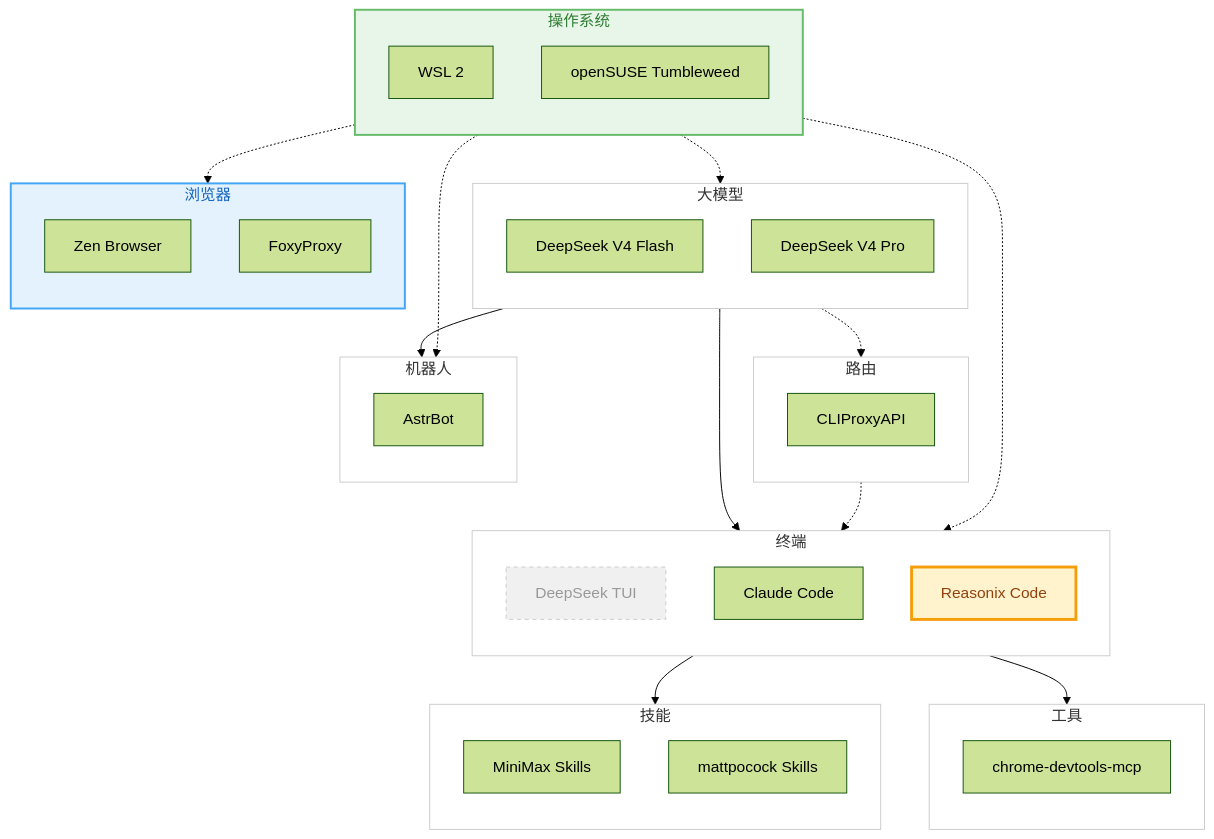
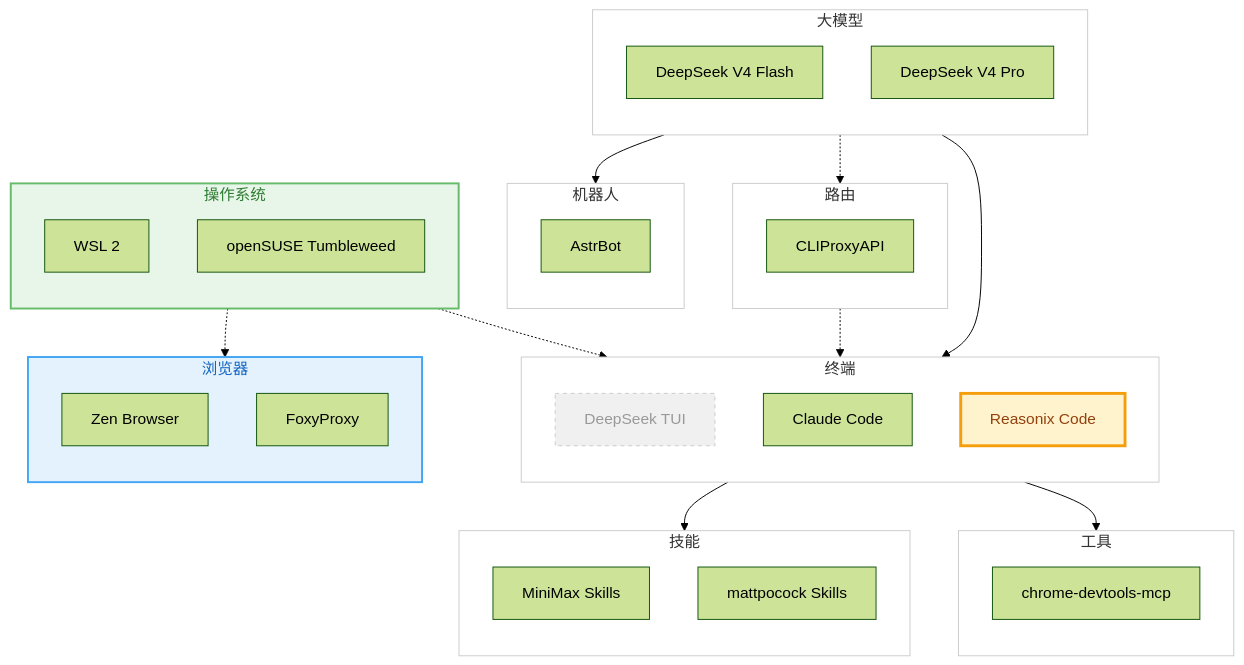
One commit to yuanxin518/ai-path changed the diagram in README.md. Above: the diagram before and after it, drawn with Mermaid (forest theme). The commit also changed other lines of this file and 1 other file, not shown here.

Commit message:
fix(ops): 修正操作系统连接（仅连终端/浏览器），机器人补充为AI接入描述

````diff
--- a/README.md
+++ b/README.md
@@ -23,70 +23,68 @@
 ```mermaid
 flowchart TD
     subgraph N00["大模型"]
         direction TB
         DS1["DeepSeek V4 Flash"]
         DS2["DeepSeek V4 Pro"]
     end
     style N00 fill:#ffffff,stroke:#cccccc,stroke-width:1px,color:#333333
 
     subgraph N01["路由"]
         direction TB
         CPA["CLIProxyAPI"]
     end
     style N01 fill:#ffffff,stroke:#cccccc,stroke-width:1px,color:#333333
 
     subgraph N02["终端"]
         direction TB
         TUI["DeepSeek TUI"]
         CC["Claude Code"]
         RX["Reasonix Code"]
     end
     style TUI fill:#f0f0f0,stroke:#cccccc,stroke-width:1px,stroke-dasharray:4 4,color:#999999
     style RX fill:#fff3cd,stroke:#f59e0b,stroke-width:3px,color:#92400e
     style N02 fill:#ffffff,stroke:#cccccc,stroke-width:1px,color:#333333
 
     subgraph N03["技能"]
         direction TB
         MSK["MiniMax Skills"]
         PSK["mattpocock Skills"]
     end
     style N03 fill:#ffffff,stroke:#cccccc,stroke-width:1px,color:#333333
 
     subgraph N04["工具"]
         direction TB
         CDM["chrome-devtools-mcp"]
     end
     style N04 fill:#ffffff,stroke:#cccccc,stroke-width:1px,color:#333333
 
     subgraph N05["机器人"]
         direction TB
         AB["AstrBot"]
     end
     style N05 fill:#ffffff,stroke:#cccccc,stroke-width:1px,color:#333333
 
     N00 --> N02
     N00 -.-> N01
     N01 -.-> N02
     N02 --> N03
     N02 --> N04
     N00 --> N05
 
     subgraph N06["操作系统"]
         direction TB
         WSL["WSL 2"]
         SUSE["openSUSE Tumbleweed"]
     end
     style N06 fill:#e8f5e9,stroke:#66bb6a,stroke-width:2px,color:#2e7d32
 
-    N06 -.-> N00
     N06 -.-> N02
-    N06 -.-> N05
     N06 -.-> N07
 
     subgraph N07["浏览器"]
         direction TB
         ZB["Zen Browser"]
         FP["FoxyProxy"]
     end
     style N07 fill:#e3f2fd,stroke:#42a5f5,stroke-width:2px,color:#1565c0
 ```
````
